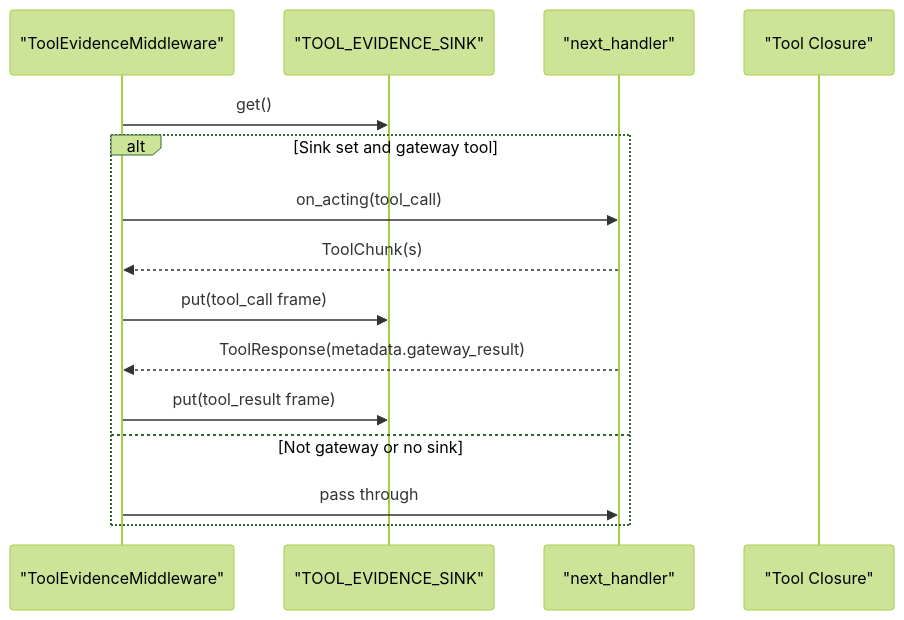
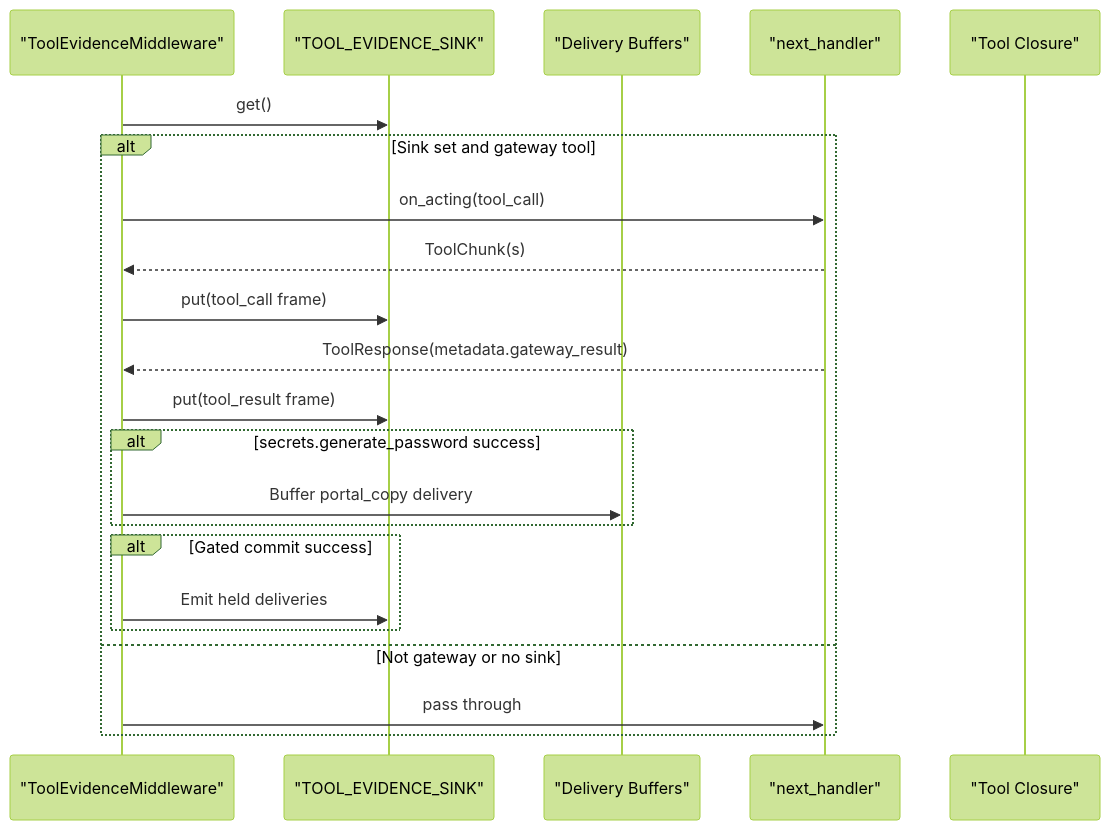
The sixth of 9 diagrams in .qoder/repowiki/en/content/Core Services/Agent Platform/Runtime Kernel and Middleware.md (metasync/luban-aiops), drawn with Mermaid (forest theme) before and after one commit. The commit also changed other lines of this file and 56 other files, not shown here.

````diff
--- a/.qoder/repowiki/en/content/Core Services/Agent Platform/Runtime Kernel and Middleware.md
+++ b/.qoder/repowiki/en/content/Core Services/Agent Platform/Runtime Kernel and Middleware.md
@@ -247,17 +297,24 @@
 ```mermaid
 sequenceDiagram
 participant MW as "ToolEvidenceMiddleware"
 participant Sink as "TOOL_EVIDENCE_SINK"
+participant Buf as "Delivery Buffers"
 participant Next as "next_handler"
 participant GW as "Tool Closure"
 MW->>Sink : get()
 alt Sink set and gateway tool
 MW->>Next : on_acting(tool_call)
 Next-->>MW : ToolChunk(s)
 MW->>Sink : put(tool_call frame)
 Next-->>MW : ToolResponse(metadata.gateway_result)
 MW->>Sink : put(tool_result frame)
+alt secrets.generate_password success
+MW->>Buf : Buffer portal_copy delivery
+end
+alt Gated commit success
+MW->>Sink : Emit held deliveries
+end
 else Not gateway or no sink
 MW->>Next : pass through
 end
 ```
````
